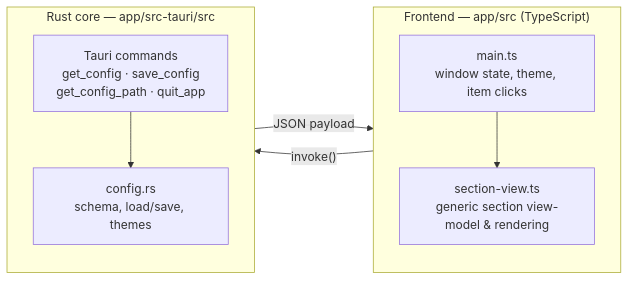
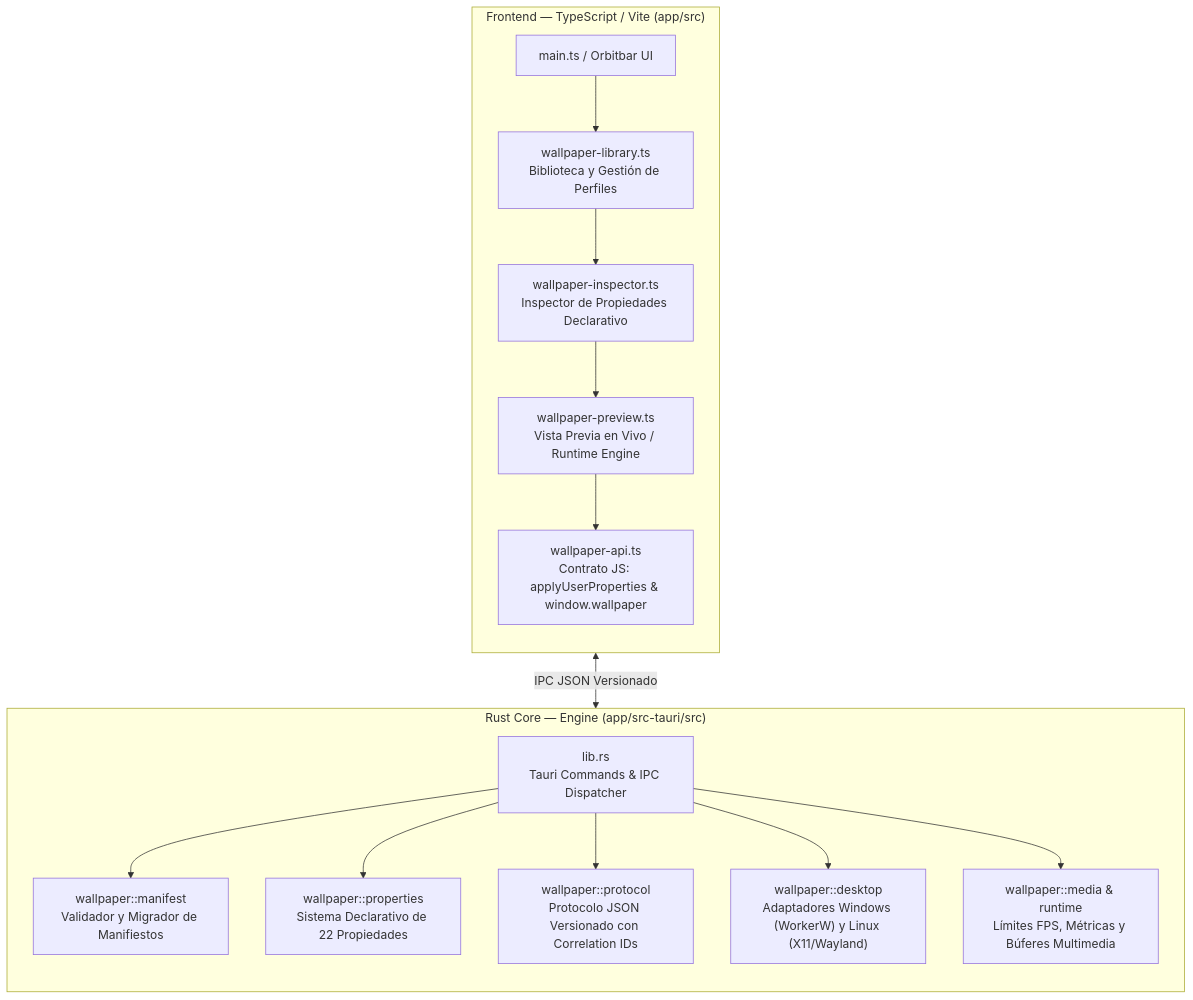
One commit to itskreisler/orbitbar changed the diagram in docs/architecture.md. Above: the diagram before and after it, drawn with Mermaid. The commit also changed other lines of this file and 26 other files, not shown here.

Commit message:
feat: implement Wallpaper Engine clone motor and runtime in Rust + Tauri

````diff
--- a/docs/architecture.md
+++ b/docs/architecture.md
@@ -10,18 +11,32 @@
 ```mermaid
-flowchart LR
-  subgraph FE["Frontend — app/src (TypeScript)"]
+flowchart TD
+  subgraph FE["Frontend — TypeScript / Vite (app/src)"]
     direction TB
-    MAIN["main.ts<br/>window state, theme, item clicks"]
-    VIEW["section-view.ts<br/>generic section view-model & rendering"]
-    MAIN --> VIEW
-  end
-  subgraph BE["Rust core — app/src-tauri/src"]
-    direction TB
-    CMD["Tauri commands<br/>get_config · save_config<br/>get_config_path · quit_app"]
-    CFG["config.rs<br/>schema, load/save, themes"]
-    CMD --> CFG
+    MAIN["main.ts / Orbitbar UI"]
+    LIB["wallpaper-library.ts<br/>Biblioteca y Gestión de Perfiles"]
+    INSP["wallpaper-inspector.ts<br/>Inspector de Propiedades Declarativo"]
+    PREV["wallpaper-preview.ts<br/>Vista Previa en Vivo / Runtime Engine"]
+    API["wallpaper-api.ts<br/>Contrato JS: applyUserProperties & window.wallpaper"]
   end
 
-  MAIN -->|"invoke()"| CMD
-  CMD -->|"JSON payload"| MAIN
+  subgraph BE["Rust Core — Engine (app/src-tauri/src)"]
+    direction TB
+    LIB_RS["lib.rs<br/>Tauri Commands & IPC Dispatcher"]
+    MAN["wallpaper::manifest<br/>Validador y Migrador de Manifiestos"]
+    PROP["wallpaper::properties<br/>Sistema Declarativo de 22 Propiedades"]
+    PROTO["wallpaper::protocol<br/>Protocolo JSON Versionado con Correlation IDs"]
+    DESK["wallpaper::desktop<br/>Adaptadores Windows (WorkerW) y Linux (X11/Wayland)"]
+    MEDIA["wallpaper::media & runtime<br/>Límites FPS, Métricas y Búferes Multimedia"]
+  end
+
+  MAIN --> LIB
+  LIB --> INSP
+  INSP --> PREV
+  PREV --> API
+  API <-->|"IPC JSON Versionado"| LIB_RS
+  LIB_RS --> MAN
+  LIB_RS --> PROP
+  LIB_RS --> PROTO
+  LIB_RS --> DESK
+  LIB_RS --> MEDIA
 ```
````
